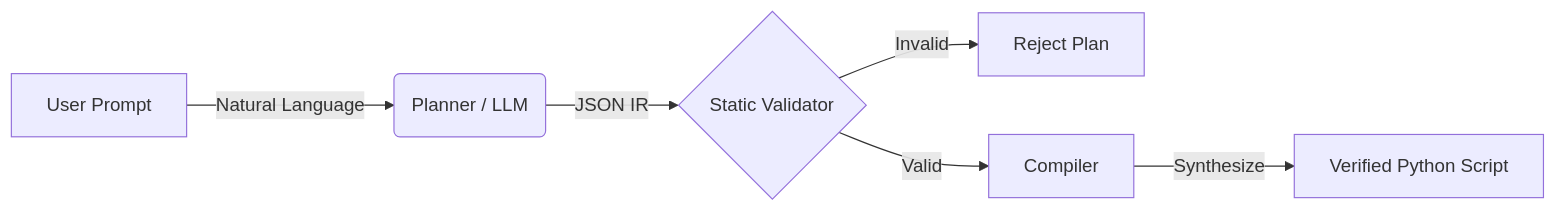
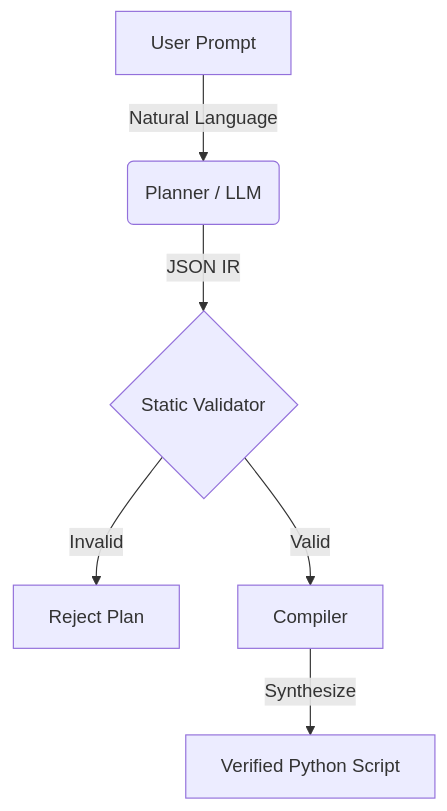
The diagram in README.md (AmmarQuresh1/AGX-public), drawn with Mermaid before and after one commit.

Commit message:
Change graph direction from LR to TD

````diff
--- a/README.md
+++ b/README.md
@@ -28,8 +28,8 @@
 ```mermaid
-graph LR
+graph TD
     A[User Prompt] -->|Natural Language| B(Planner / LLM);
     B -->|JSON IR| C{Static Validator};
     C -- Invalid --> F[Reject Plan];
     C -- Valid --> D[Compiler];
     D -->|Synthesize| E[Verified Python Script];
 ```
````
